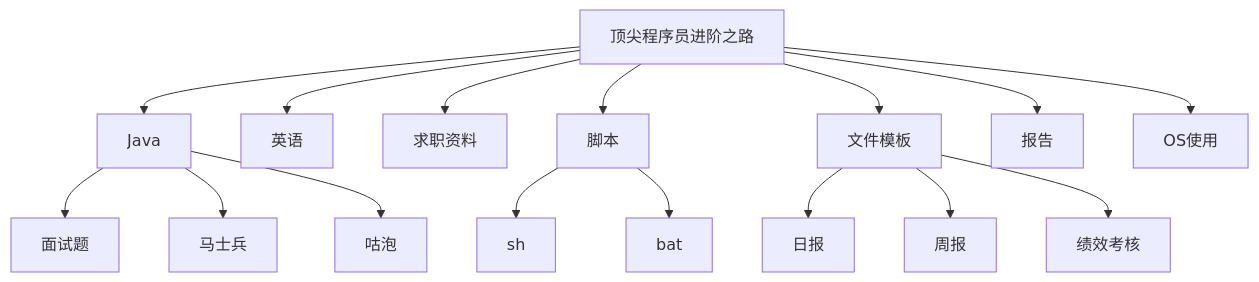
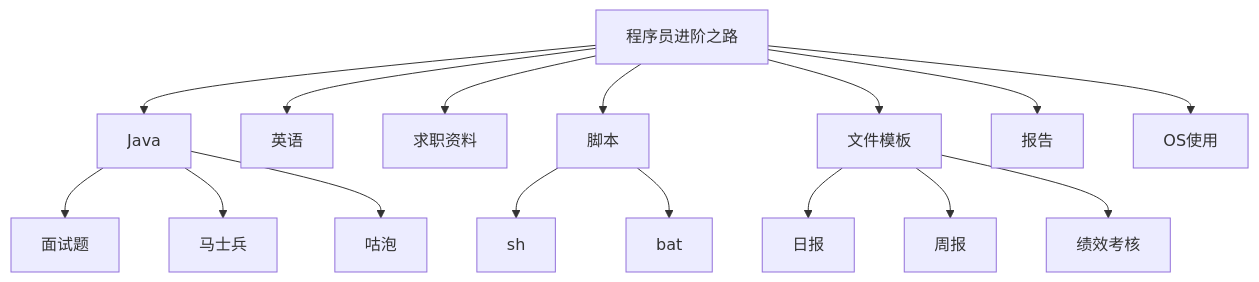
One commit to namelessmyth/beFreeCoder changed the second of 2 diagrams in README.md. Above: the diagram before and after it, drawn with Mermaid. The commit also changed other lines of this file, not shown here.

````diff
--- a/README.md
+++ b/README.md
@@ -57,27 +62,27 @@
 ```mermaid
 flowchart TB
 
-root[顶尖程序员进阶之路]
+root[程序员进阶之路]
 
 root-->Java["Java"]
 Java-->面试题
 Java-->mashibing[马士兵]
 Java-->gupao[咕泡]
 
 root-->English["英语"]
 
 root-->Job["求职资料"]
 root-->Script["脚本"]
 Script-->sh
 Script-->bat
 
 root-->Template["文件模板"]
 Template-->日报
 Template-->周报
 Template-->绩效考核
 
 root-->Report["报告"]
 root-->os["OS使用"]
 
 
 ```
````
